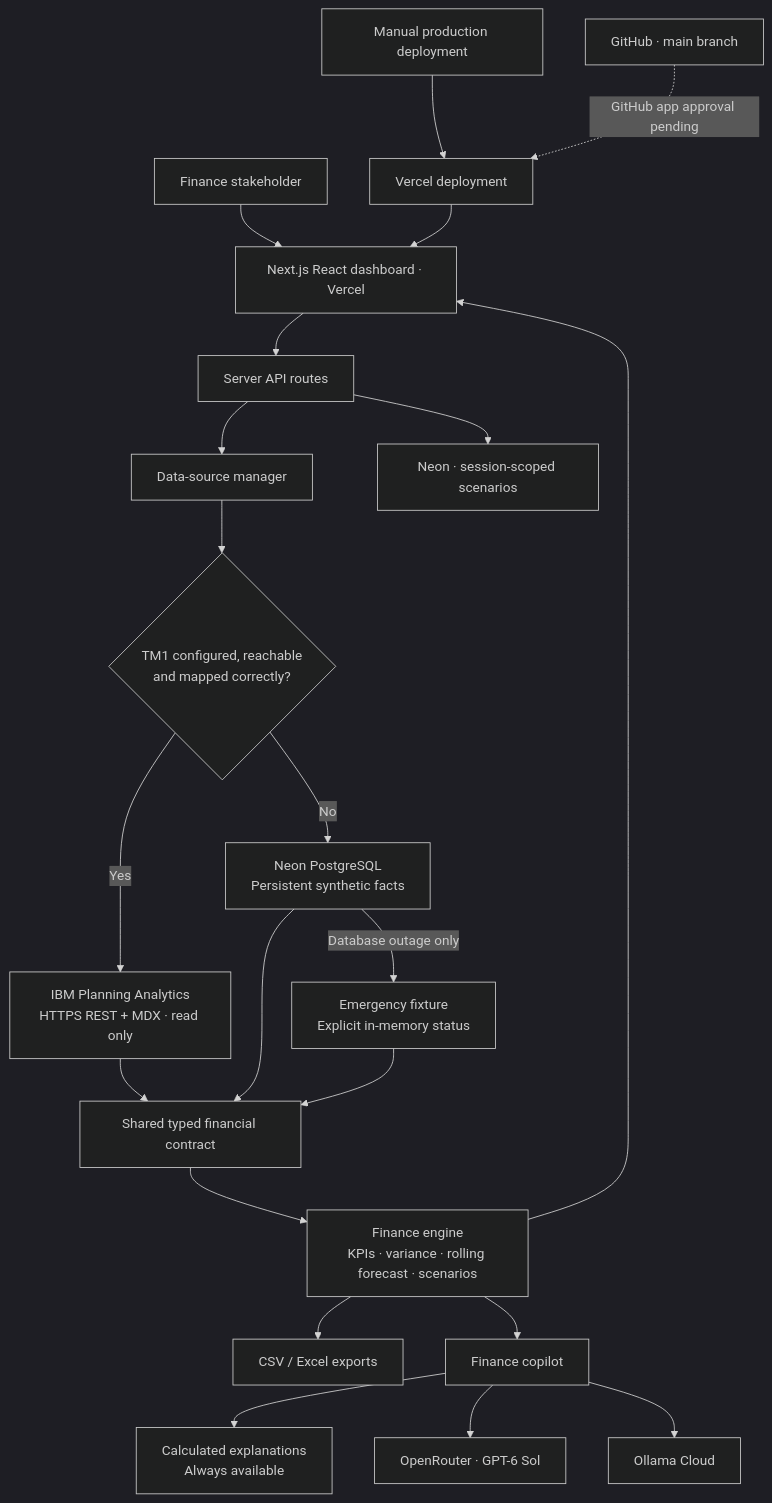
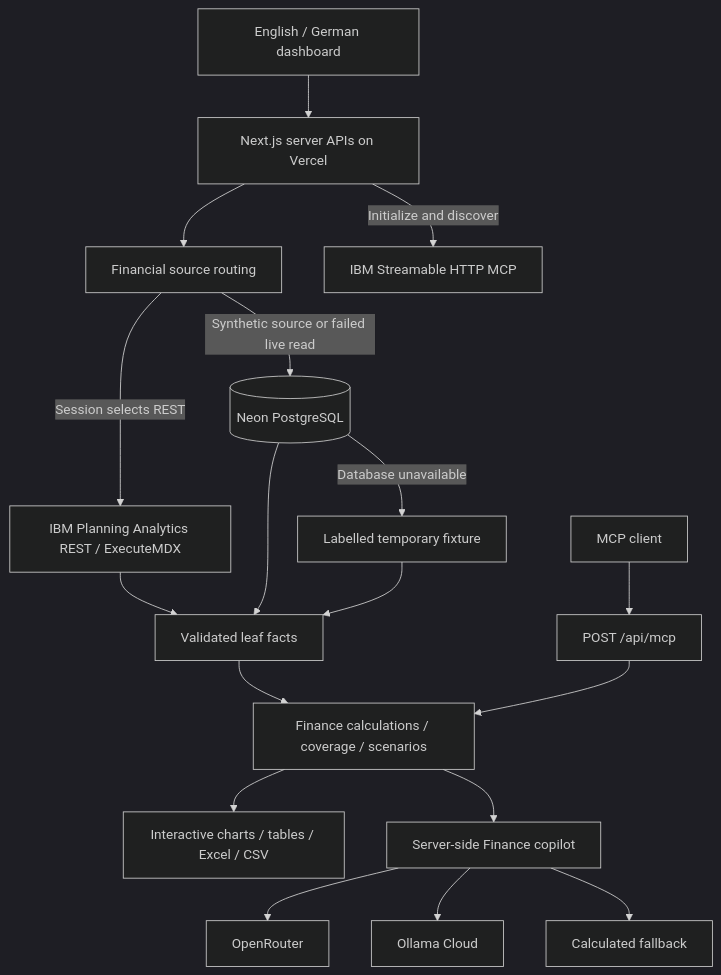
Before and after one commit to sohampatra3/talentplan-tm1: the first of 2 diagrams in README.md, drawn with Mermaid (dark theme). The commit also changed other lines of this file and 35 other files, not shown here.

Commit message:
Add bilingual interactive finance workspace and private TM1 connections

````diff
--- a/README.md
+++ b/README.md
@@ -28,24 +29,20 @@
 ```mermaid
 flowchart TD
-    U[Finance stakeholder] --> W[Next.js React dashboard · Vercel]
-    W --> API[Server API routes]
-    API --> M[Data-source manager]
-    M --> C{TM1 configured, reachable\nand mapped correctly?}
-    C -->|Yes| T[IBM Planning Analytics\nHTTPS REST + MDX · read only]
-    C -->|No| N[Neon PostgreSQL\nPersistent synthetic facts]
-    N -->|Database outage only| E[Emergency fixture\nExplicit in-memory status]
-    T --> F[Shared typed financial contract]
-    N --> F
-    E --> F
-    F --> B[Finance engine\nKPIs · variance · rolling forecast · scenarios]
-    B --> W
-    B --> X[CSV / Excel exports]
-    B --> AI[Finance copilot]
-    AI --> D[Calculated explanations\nAlways available]
-    AI --> OR[OpenRouter · GPT-6 Sol]
+    U[English / German dashboard] --> API[Next.js server APIs on Vercel]
+    API --> ROUTE[Financial source routing]
+    ROUTE -->|Session selects REST| TM1[IBM Planning Analytics REST / ExecuteMDX]
+    ROUTE -->|Synthetic source or failed live read| NEON[(Neon PostgreSQL)]
+    NEON -->|Database unavailable| MEM[Labelled temporary fixture]
+    TM1 --> CONTRACT[Validated leaf facts]
+    NEON --> CONTRACT
+    MEM --> CONTRACT
+    CONTRACT --> ENGINE[Finance calculations / coverage / scenarios]
+    ENGINE --> VIEW[Interactive charts / tables / Excel / CSV]
+    ENGINE --> AI[Server-side Finance copilot]
+    AI --> OR[OpenRouter]
     AI --> OC[Ollama Cloud]
-    API --> S[Neon · session-scoped scenarios]
-    CLI[Manual production deployment] --> V[Vercel deployment]
-    GH[GitHub · main branch] -.->|GitHub app approval pending| V
-    V --> W
+    AI --> CALC[Calculated fallback]
+    API -->|Initialize and discover| IBMCP[IBM Streamable HTTP MCP]
+    CLIENT[MCP client] --> APPMCP[POST /api/mcp]
+    APPMCP --> ENGINE
 ```
````
